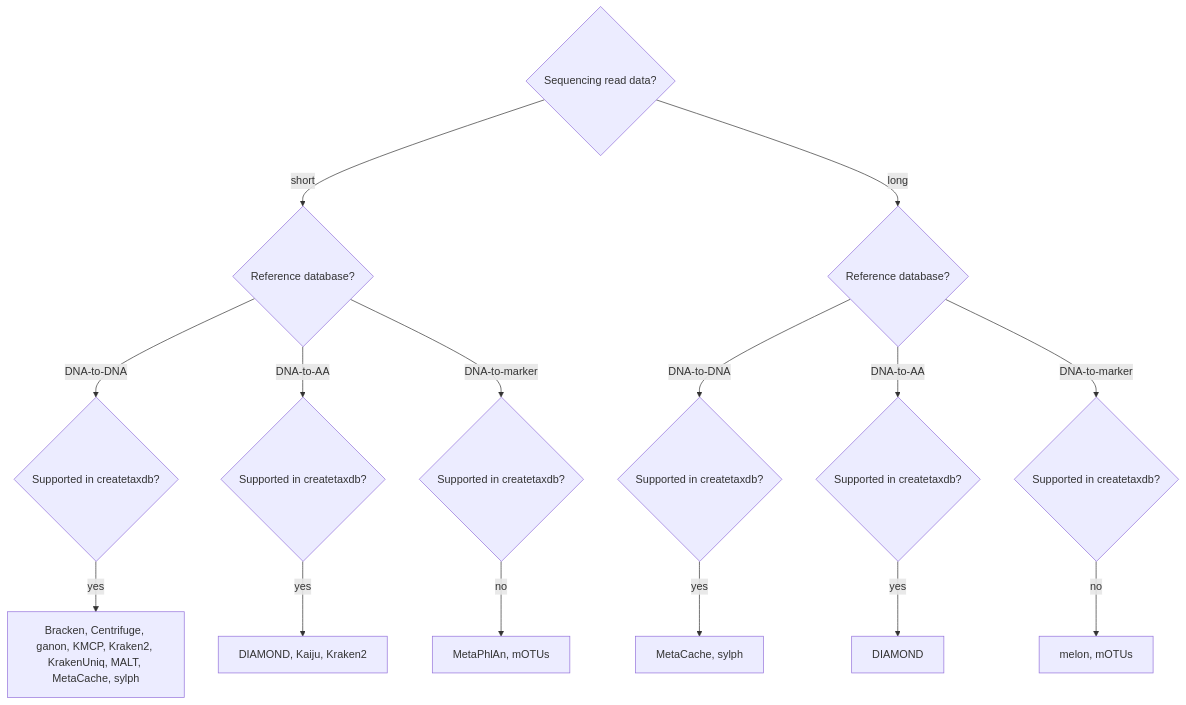
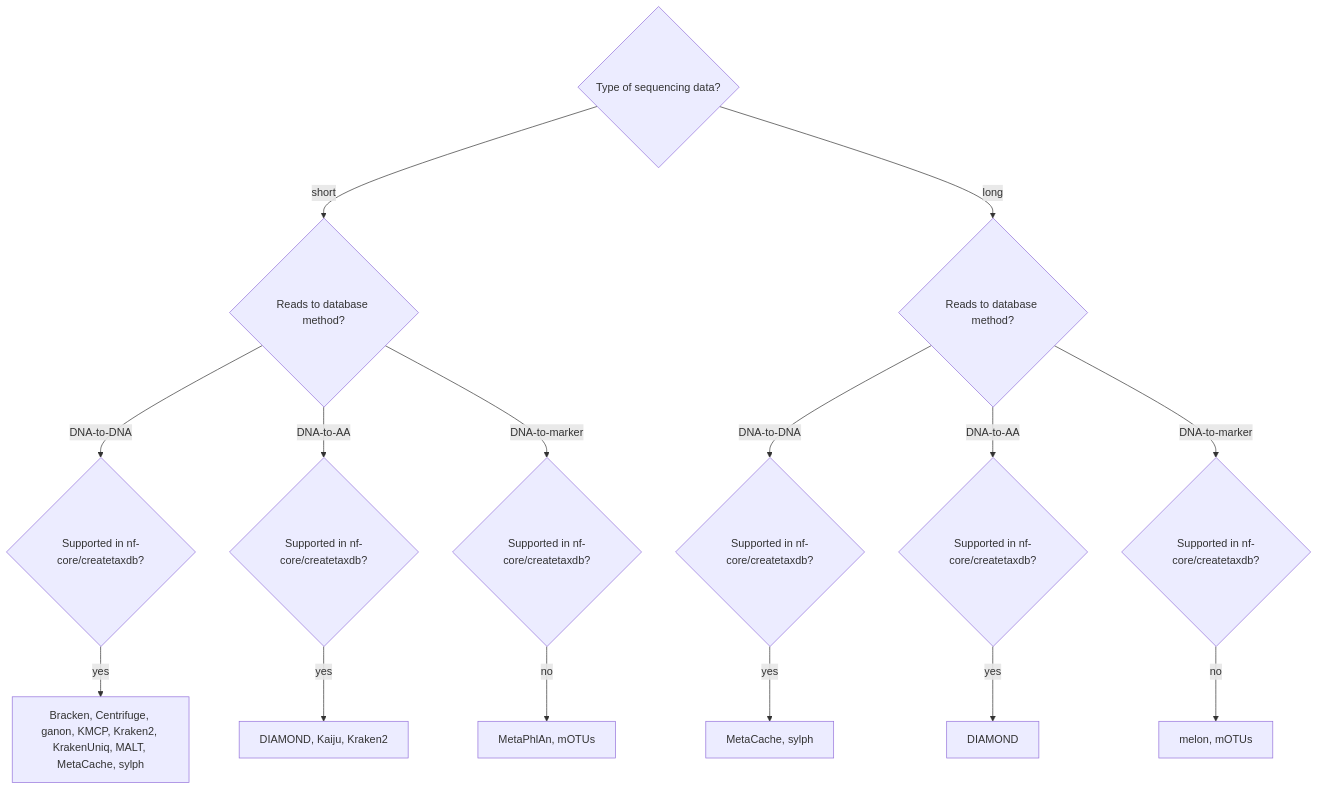
One commit to nf-core/taxprofiler changed the diagram in docs/usage/faq-troubleshooting.md. Above: the diagram before and after it, drawn with Mermaid. The commit also changed other lines of this file, not shown here.

````diff
--- a/docs/usage/faq-troubleshooting.md
+++ b/docs/usage/faq-troubleshooting.md
@@ -23,19 +32,19 @@
 ```mermaid
 flowchart TD
-    A{Sequencing read data?} -->|short| S{Reference database?}
-    A -->|long| L{Reference database?}
+    A{Type of sequencing data?} -->|short| S{Reads to database method?}
+    A -->|long| L{Reads to database method?}
 
-    S -->|DNA-to-DNA| SD{Supported in createtaxdb?}
-    S -->|DNA-to-AA| SA{Supported in createtaxdb?}
-    S -->|DNA-to-marker| SM{Supported in createtaxdb?}
-    L -->|DNA-to-DNA| LD{Supported in createtaxdb?}
-    L -->|DNA-to-AA| LA{Supported in createtaxdb?}
-    L -->|DNA-to-marker| LM{Supported in createtaxdb?}
+    S -->|DNA-to-DNA| SD{Supported in nf-core/createtaxdb?}
+    S -->|DNA-to-AA| SA{Supported in nf-core/createtaxdb?}
+    S -->|DNA-to-marker| SM{Supported in nf-core/createtaxdb?}
+    L -->|DNA-to-DNA| LD{Supported in nf-core/createtaxdb?}
+    L -->|DNA-to-AA| LA{Supported in nf-core/createtaxdb?}
+    L -->|DNA-to-marker| LM{Supported in nf-core/createtaxdb?}
 
     SD -->|yes| SDY[Bracken, Centrifuge, ganon, KMCP, Kraken2, KrakenUniq, MALT, MetaCache, sylph]
     SA -->|yes| SAY[DIAMOND, Kaiju, Kraken2]
     SM -->|no| SMN[MetaPhlAn, mOTUs]
     LD -->|yes| LDY[MetaCache, sylph]
     LA -->|yes| LAY[DIAMOND]
     LM -->|no| LMN[melon, mOTUs]
 ```
````
